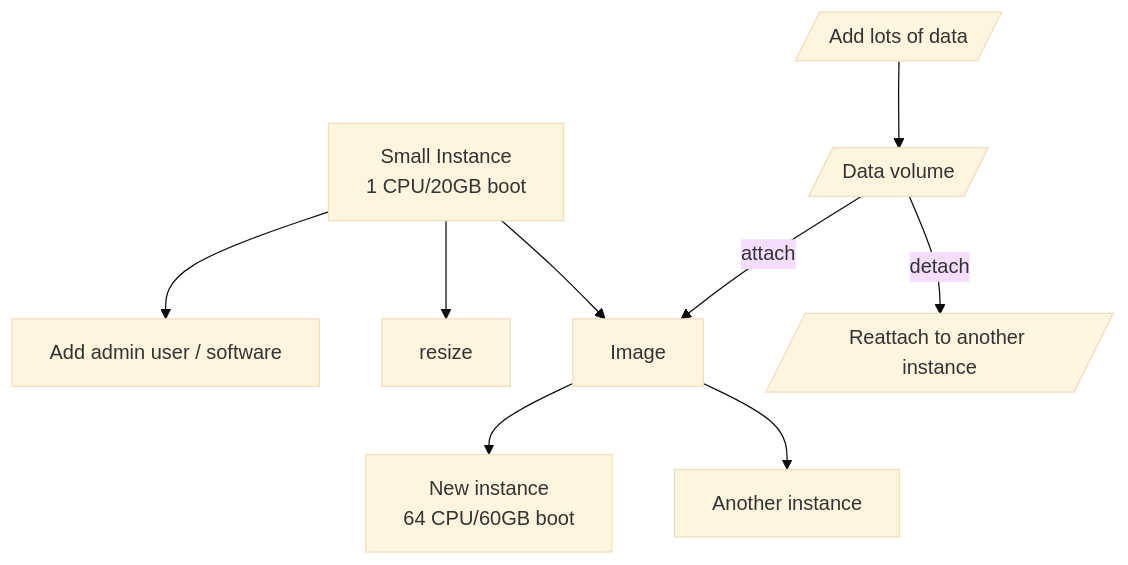
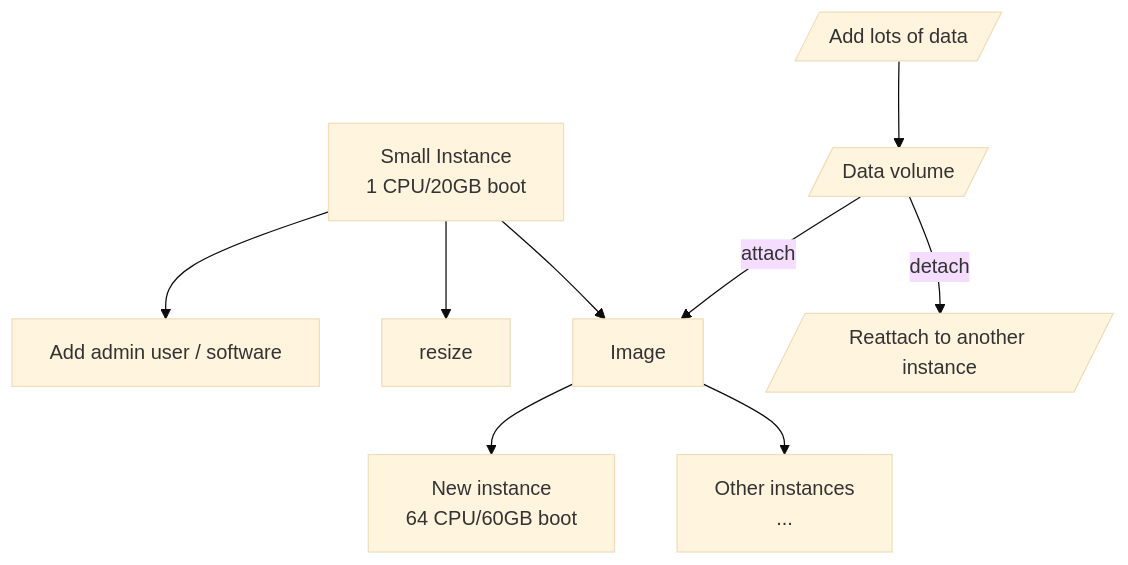
Before and after one commit to AntibodyEngineers/2024-Antibodies-and-AI: the diagram in getting-started.md, drawn with Mermaid (base theme).

````diff
--- a/getting-started.md
+++ b/getting-started.md
@@ -8,11 +8,11 @@
 ```mermaid
     flowchart TD
     
     A[Small Instance<br/>1 CPU/20GB boot] --> B[Add admin user / software]
     A --> I[resize]
     A --> C[Image] --> D[New instance<br/>64 CPU/60GB boot]
     E[/Data volume/]
     E -- attach --> C
-    C --> H[Another instance]
+    C --> H[Other instances<br/>...]
     F[/Add lots of data/] --> E -- detach --> G[/Reattach to another instance/]
 ```
````
